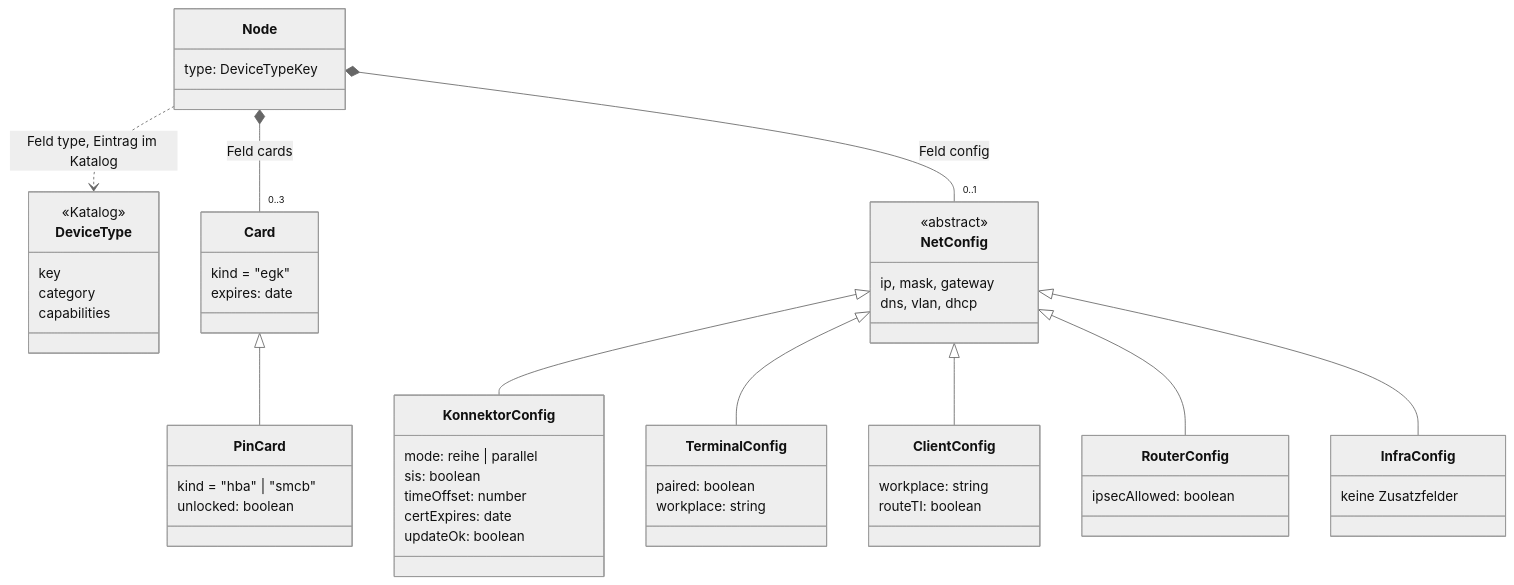
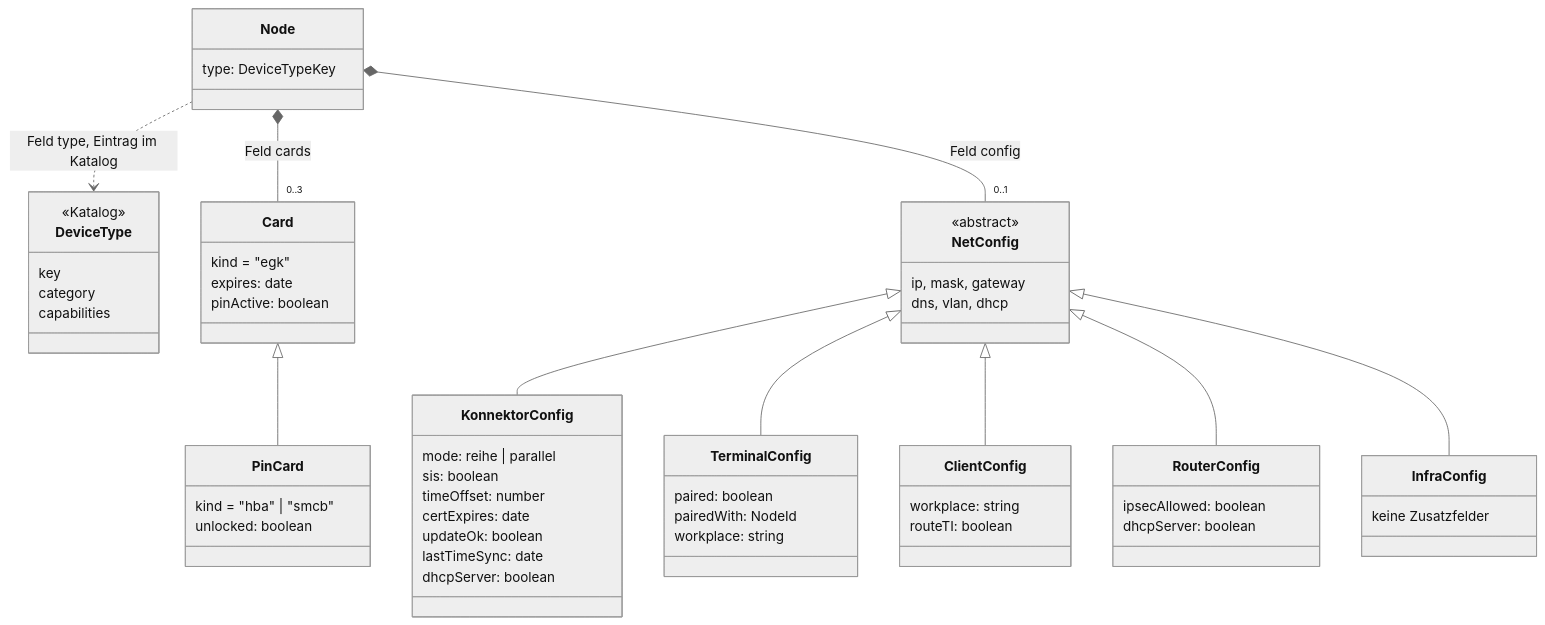
One commit to jurie2000/ti-visualizer changed the fifth of 10 diagrams in specs/001-ti-visualizer-baukasten/architektur.md. Above: the diagram before and after it, drawn with Mermaid (neutral theme). The commit also changed other lines of this file and 6 other files, not shown here.

````diff
--- a/specs/001-ti-visualizer-baukasten/architektur.md
+++ b/specs/001-ti-visualizer-baukasten/architektur.md
@@ -288,56 +295,61 @@
 ```mermaid
 classDiagram
     direction TB
     class Node {
         type: DeviceTypeKey
     }
     class DeviceType {
         <<Katalog>>
         key
         category
         capabilities
     }
     class Card {
         kind = "egk"
         expires: date
+        pinActive: boolean
     }
     class PinCard {
         kind = "hba" | "smcb"
         unlocked: boolean
     }
     class NetConfig {
         <<abstract>>
         ip, mask, gateway
         dns, vlan, dhcp
     }
     class KonnektorConfig {
         mode: reihe | parallel
         sis: boolean
         timeOffset: number
         certExpires: date
         updateOk: boolean
+        lastTimeSync: date
+        dhcpServer: boolean
     }
     class TerminalConfig {
         paired: boolean
+        pairedWith: NodeId
         workplace: string
     }
     class ClientConfig {
         workplace: string
         routeTI: boolean
     }
     class RouterConfig {
         ipsecAllowed: boolean
+        dhcpServer: boolean
     }
     class InfraConfig {
         keine Zusatzfelder
     }
     Node ..> DeviceType : Feld type, Eintrag im Katalog
     Node *-- "0..3" Card : Feld cards
     Node *-- "0..1" NetConfig : Feld config
     Card <|-- PinCard
     NetConfig <|-- KonnektorConfig
     NetConfig <|-- TerminalConfig
     NetConfig <|-- ClientConfig
     NetConfig <|-- RouterConfig
     NetConfig <|-- InfraConfig
 ```
````
